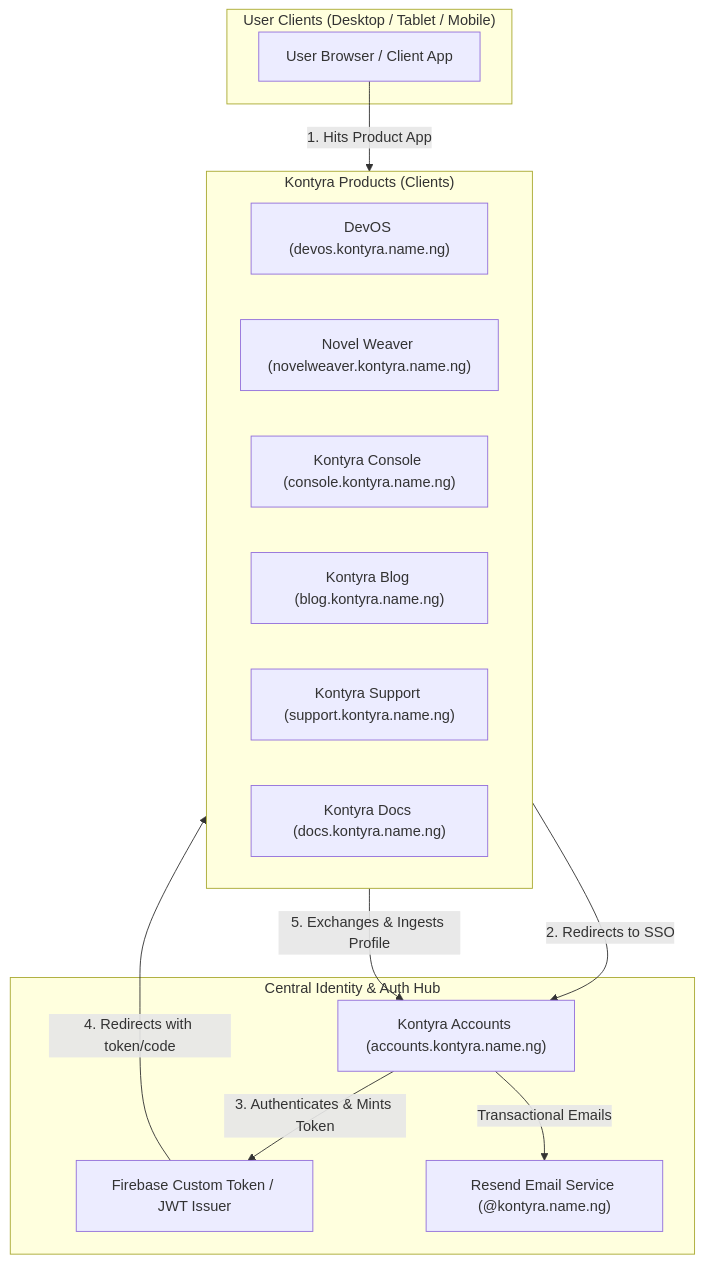
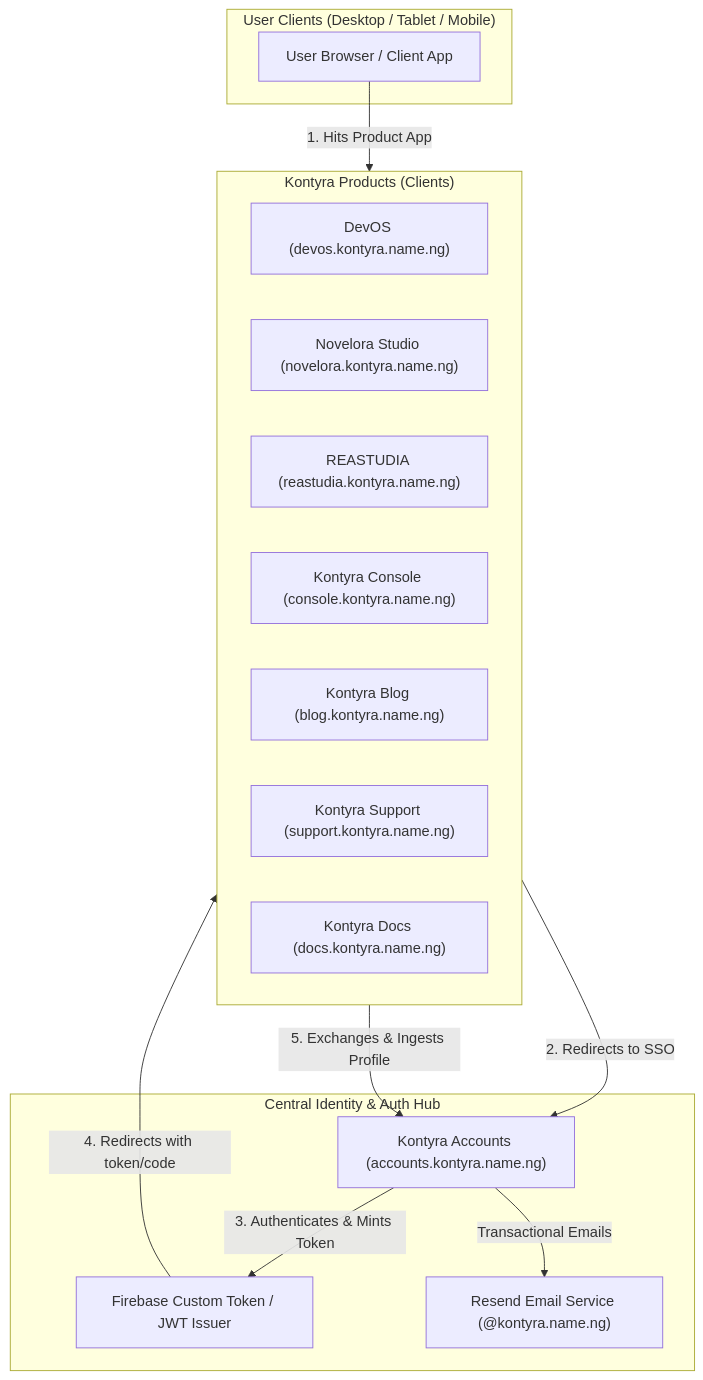
The diagram in standards/README.md (RayBen445/Kontyra-brand), drawn with Mermaid before and after one commit. The commit also changed 20 other files, not shown here.

````diff
--- a/standards/README.md
+++ b/standards/README.md
@@ -11,28 +11,29 @@
 ```mermaid
 flowchart TD
     subgraph Users ["User Clients (Desktop / Tablet / Mobile)"]
         Browser["User Browser / Client App"]
     end
 
     subgraph CentralIdentity ["Central Identity & Auth Hub"]
         Accounts["Kontyra Accounts (accounts.kontyra.name.ng)"]
         TokenMint["Firebase Custom Token / JWT Issuer"]
         ResendMail["Resend Email Service (@kontyra.name.ng)"]
     end
 
     subgraph KontyraProducts ["Kontyra Products (Clients)"]
         DevOS["DevOS (devos.kontyra.name.ng)"]
-        NovelWeaver["Novel Weaver (novelweaver.kontyra.name.ng)"]
+        Novelora["Novelora Studio (novelora.kontyra.name.ng)"]
+        REASTUDIA["REASTUDIA (reastudia.kontyra.name.ng)"]
         Console["Kontyra Console (console.kontyra.name.ng)"]
         Blog["Kontyra Blog (blog.kontyra.name.ng)"]
         Support["Kontyra Support (support.kontyra.name.ng)"]
         Docs["Kontyra Docs (docs.kontyra.name.ng)"]
     end
 
     Browser -->|1. Hits Product App| KontyraProducts
     KontyraProducts -->|2. Redirects to SSO| Accounts
     Accounts -->|3. Authenticates & Mints Token| TokenMint
     TokenMint -->|4. Redirects with token/code| KontyraProducts
     KontyraProducts -->|5. Exchanges & Ingests Profile| Accounts
     Accounts -->|Transactional Emails| ResendMail
 ```
````
